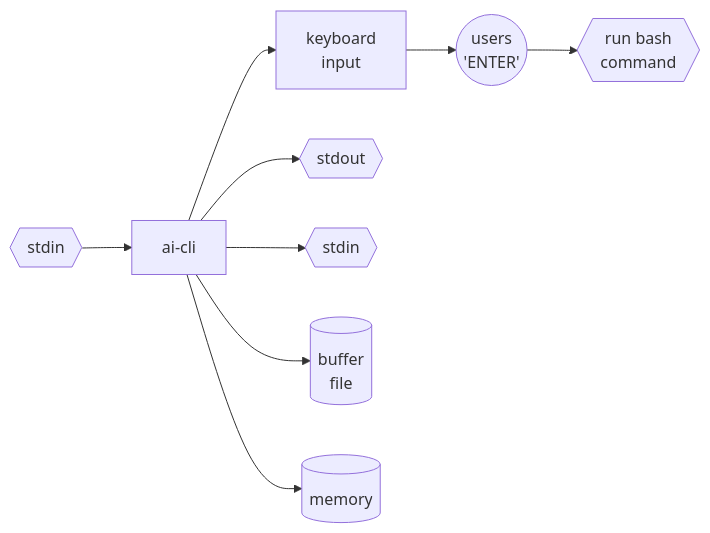
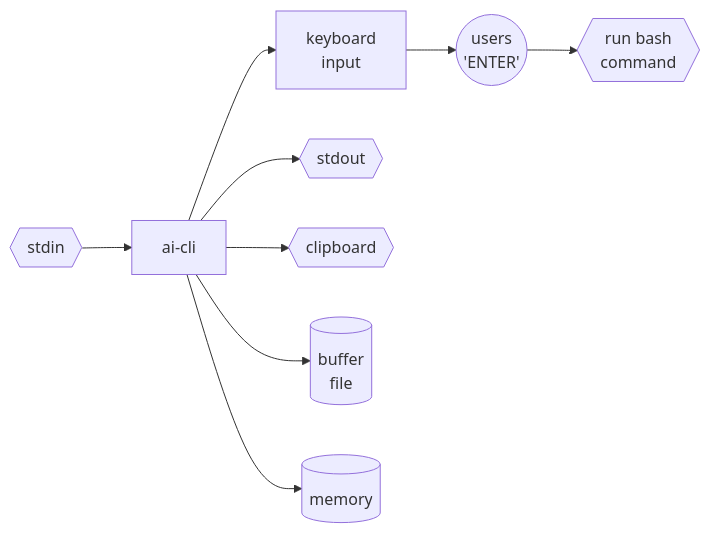
Before and after one commit to johnthesmith/ai-cli: the first of 2 diagrams in README.md, drawn with Mermaid.

Commit message:
Auto commit

````diff
--- a/README.md
+++ b/README.md
@@ -30,15 +30,15 @@
 ```mermaid
 flowchart LR    
     keyboard[ keyboard \n input ]
     stdout{{stdout}}
     stdin{{stdin}}
-    clipboard{{stdin}}
+    clipboard{{clipboard}}
     buffer[(buffer \n file)] 
     memory[(memory)]
     ai[ai-cli] 
     bash{{run bash \n command}}
     user((users \n 'ENTER'))
 
     keyboard --> user --> bash
     stdin --> ai --> keyboard & stdout & memory & buffer & clipboard
 ```
````
